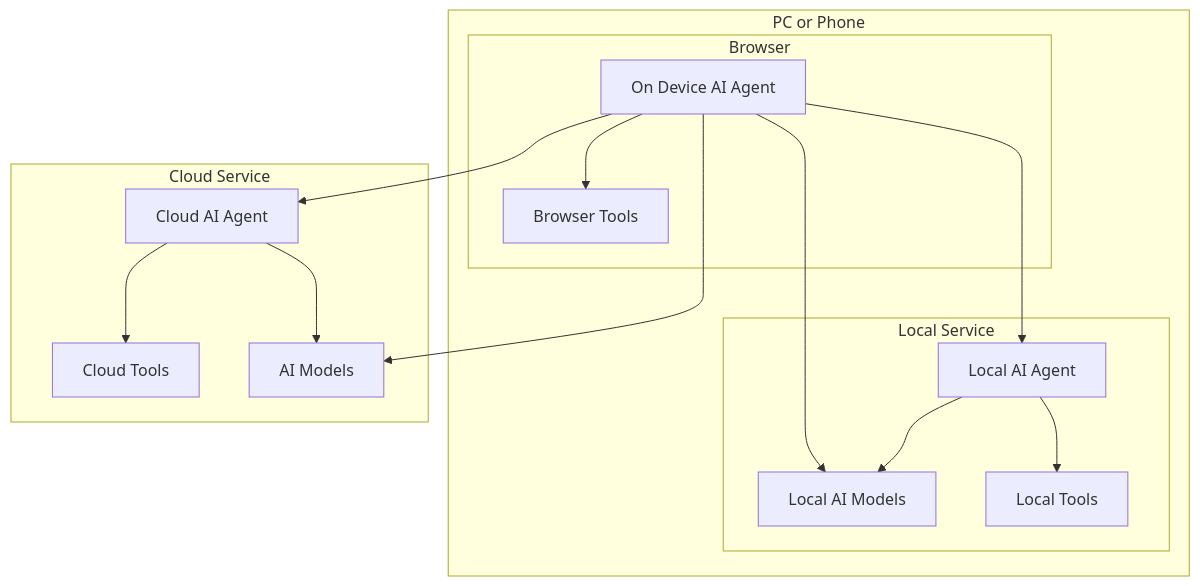
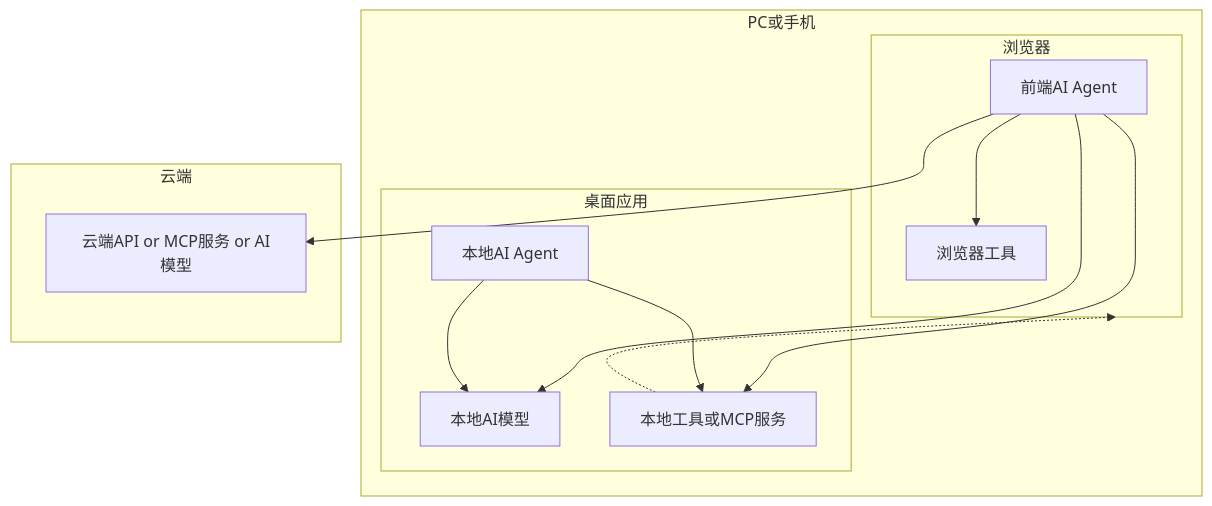
One commit to yingrui/my-own.fun changed the second of 2 diagrams in docs/zh-cn/concepts/frontend_ai_agent.md. Above: the diagram before and after it, drawn with Mermaid. The commit also changed other lines of this file and 1 other file, not shown here.

Commit message:
yingrui: update Frontend AI Agent diagram in docs

````diff
--- a/docs/zh-cn/concepts/frontend_ai_agent.md
+++ b/docs/zh-cn/concepts/frontend_ai_agent.md
@@ -39,21 +39,19 @@
 ```mermaid
 graph TD;
-    subgraph PC or Phone
-        subgraph Browser
-            A[On Device AI Agent] --> T[Browser Tools]
+    subgraph PC或手机
+        subgraph 浏览器
+            A[前端AI Agent] --> T[浏览器工具]
         end
-        subgraph Local Service
-            A ---> L[Local AI Agent]
-            A ---> LM[Local AI Models]
-            L --> LT[Local Tools]
-            L --> LM
+        subgraph 桌面应用
+            A ---> LM[本地AI模型]
+            A ---> MCP[本地工具或MCP服务]
+            L[本地AI Agent] --> LM
+            L  --> MCP
         end
+        MCP -.-> 浏览器
     end
 
-    subgraph Cloud Service
-        B[Cloud AI Agent] --> T2[Cloud Tools]
-        B --> C[AI Models];
-        A --> B;
-        A --> C;
+    subgraph 云端
+        A --> B[云端API or MCP服务 or AI模型]
     end
 ```
````
